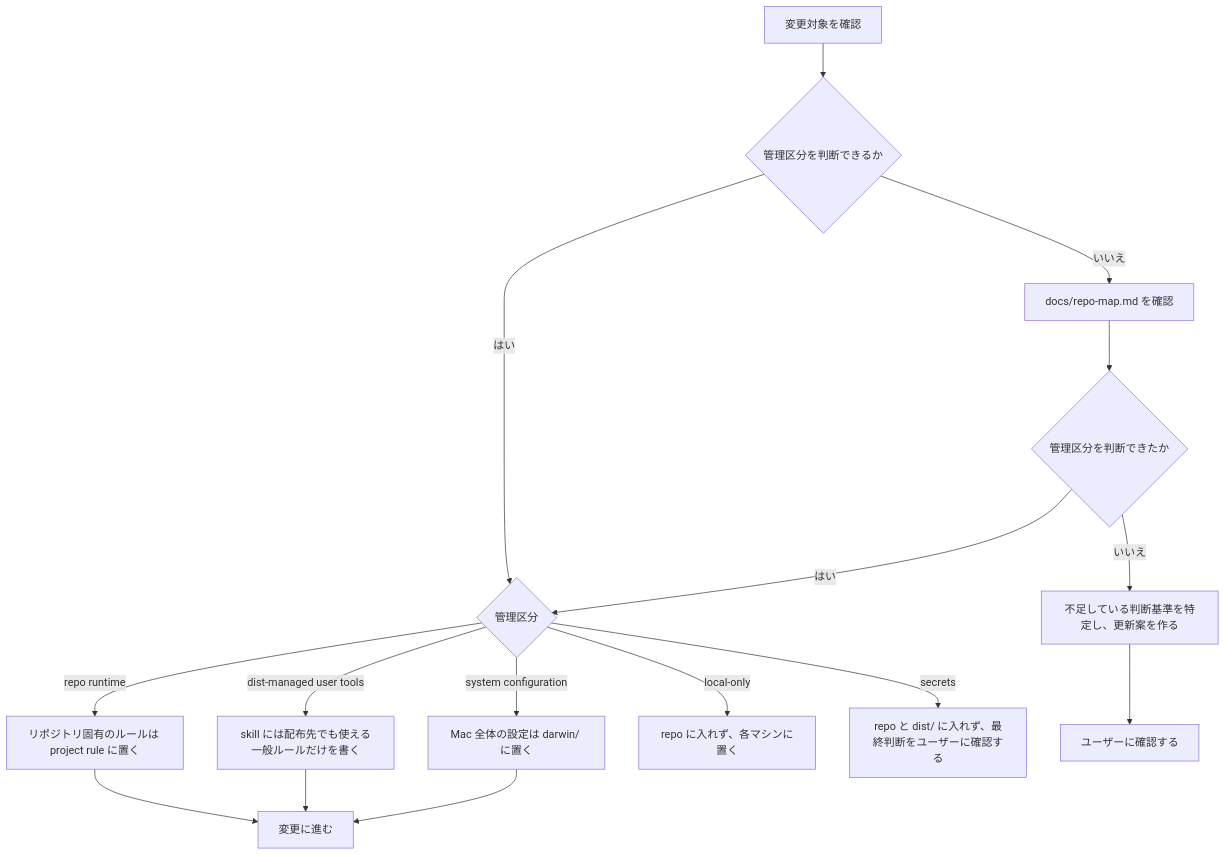
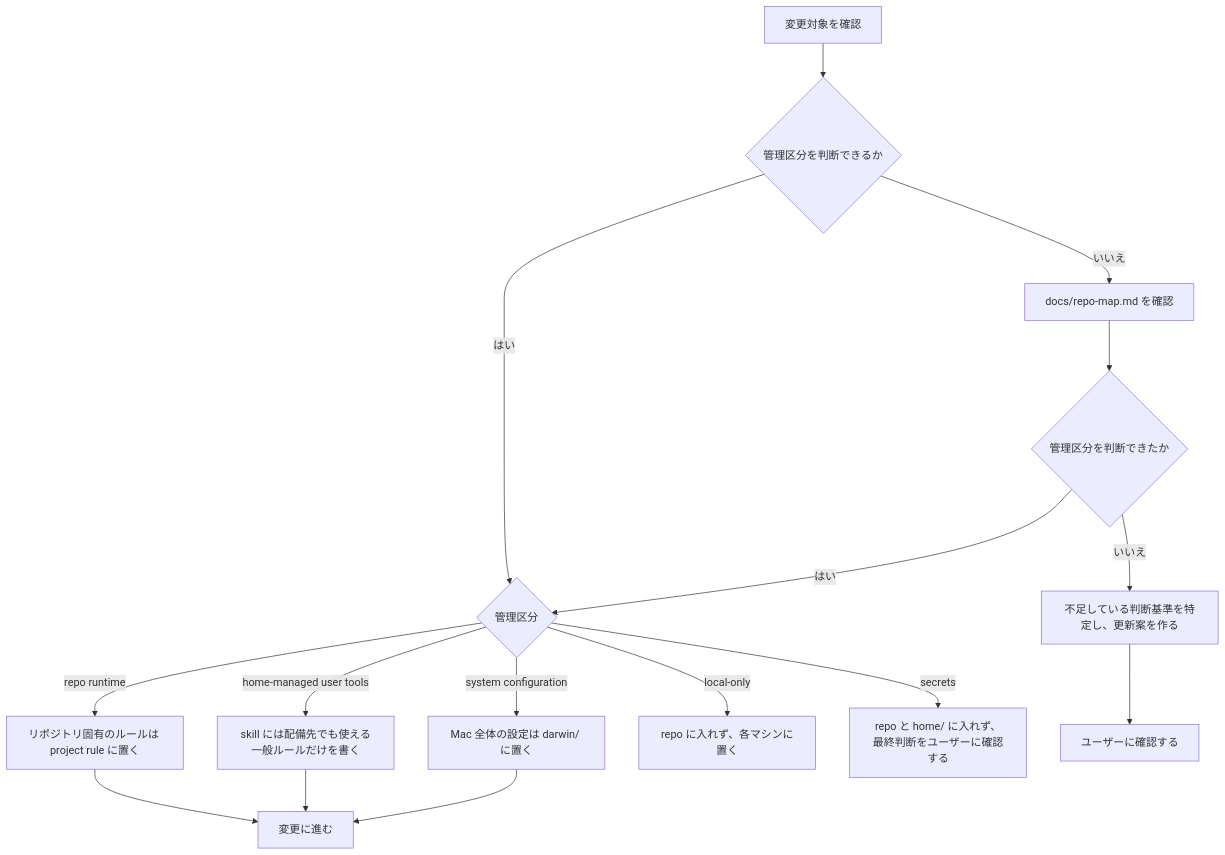
One commit to 9sako6/dotfiles changed the first of 2 diagrams in docs/operations.md. Above: the diagram before and after it, drawn with Mermaid. The commit also changed other lines of this file and 107 other files, not shown here.

First line of the commit message:
refactor: name the managed home tree directly

````diff
--- a/docs/operations.md
+++ b/docs/operations.md
@@ -9,18 +9,18 @@
 ```mermaid
 flowchart TD
     start["変更対象を確認"] --> known{"管理区分を判断できるか"}
     known -->|"はい"| boundary{"管理区分"}
     known -->|"いいえ"| map["docs/repo-map.md を確認"]
     map --> resolved{"管理区分を判断できたか"}
     resolved -->|"はい"| boundary
     resolved -->|"いいえ"| proposal["不足している判断基準を特定し、更新案を作る"]
     proposal --> ask["ユーザーに確認する"]
     boundary -->|"repo runtime"| repo["リポジトリ固有のルールは project rule に置く"]
-    boundary -->|"dist-managed user tools"| dist["skill には配布先でも使える一般ルールだけを書く"]
+    boundary -->|"home-managed user tools"| home["skill には配備先でも使える一般ルールだけを書く"]
     boundary -->|"system configuration"| system["Mac 全体の設定は darwin/ に置く"]
     boundary -->|"local-only"| local["repo に入れず、各マシンに置く"]
-    boundary -->|"secrets"| secrets["repo と dist/ に入れず、最終判断をユーザーに確認する"]
+    boundary -->|"secrets"| secrets["repo と home/ に入れず、最終判断をユーザーに確認する"]
     repo --> change["変更に進む"]
-    dist --> change
+    home --> change
     system --> change
 ```
````
